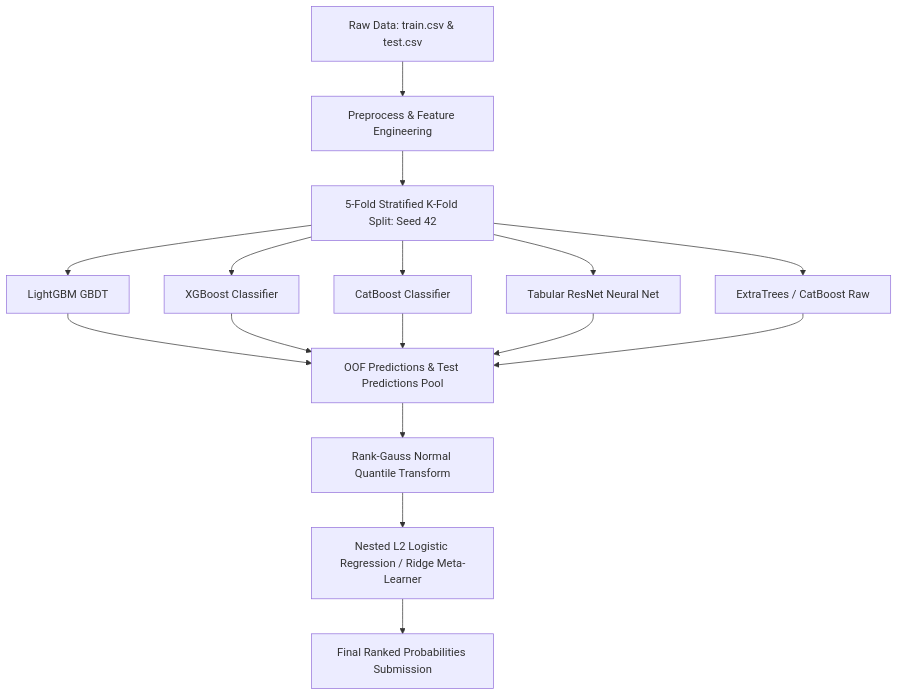
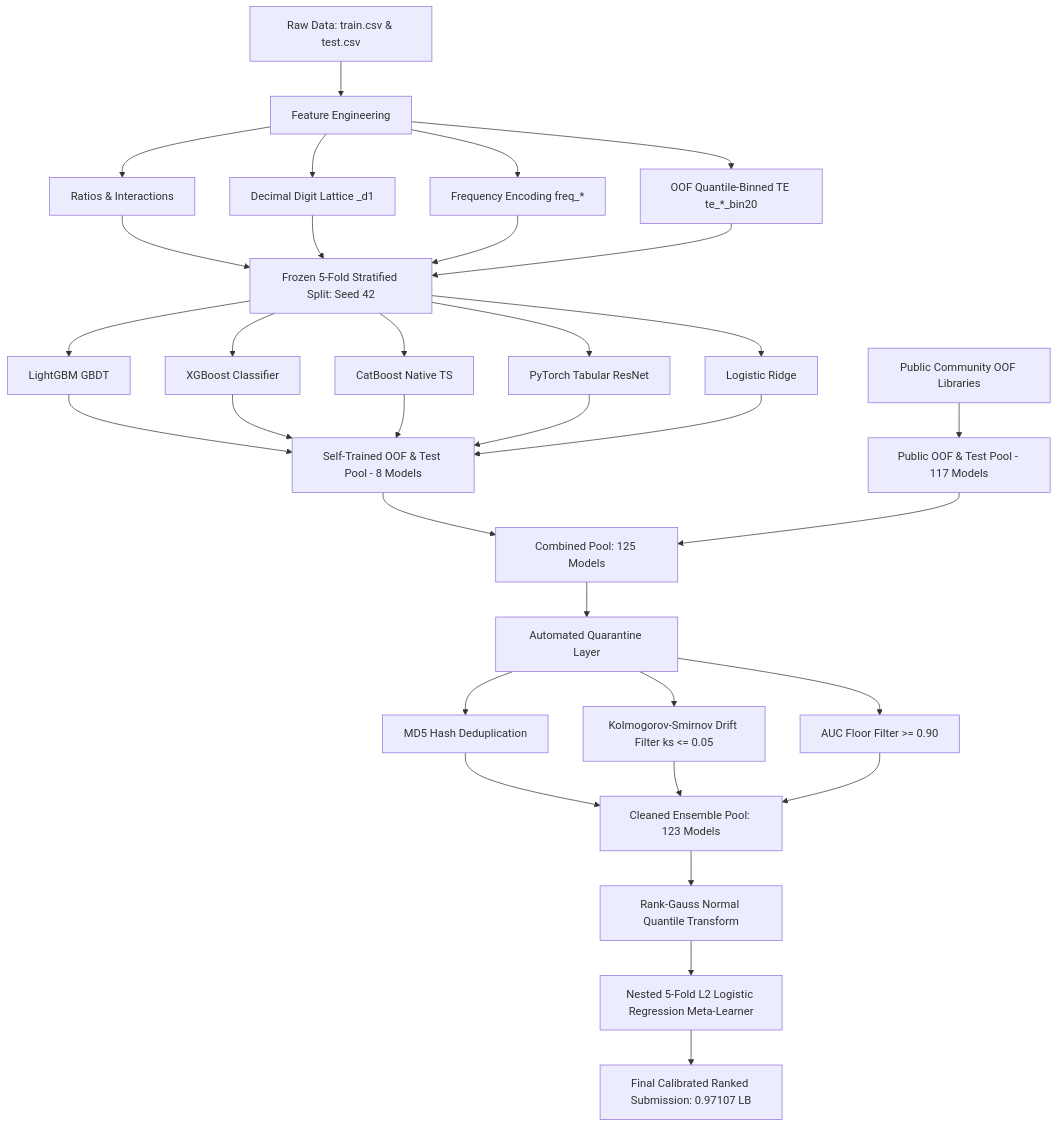
The diagram in README.md (Maher-Amara/Predicting-Smartphone-Addiction), drawn with Mermaid before and after one commit. The commit also changed other lines of this file, not shown here.

````diff
--- a/README.md
+++ b/README.md
@@ -141,21 +36,30 @@
 ```mermaid
 flowchart TD
-    A[Raw Data: train.csv & test.csv] --> B[Preprocess & Feature Engineering]
-    B --> C[5-Fold Stratified K-Fold Split: Seed 42]
+    A[Raw Data: train.csv & test.csv] --> B[Feature Engineering]
+    B --> B1[Ratios & Interactions]
+    B --> B2[Decimal Digit Lattice _d1]
+    B --> B3[Frequency Encoding freq_*]
+    B --> B4[OOF Quantile-Binned TE te_*_bin20]
+    
+    B1 & B2 & B3 & B4 --> C[Frozen 5-Fold Stratified Split: Seed 42]
     
     C --> D1[LightGBM GBDT]
     C --> D2[XGBoost Classifier]
-    C --> D3[CatBoost Classifier]
-    C --> D4[Tabular ResNet Neural Net]
-    C --> D5[ExtraTrees / CatBoost Raw]
+    C --> D3[CatBoost Native TS]
+    C --> D4[PyTorch Tabular ResNet]
+    C --> D5[Logistic Ridge]
     
-    D1 --> E[OOF Predictions & Test Predictions Pool]
-    D2 --> E
-    D3 --> E
-    D4 --> E
-    D5 --> E
+    D1 & D2 & D3 & D4 & D5 --> E[Self-Trained OOF & Test Pool - 8 Models]
+    F[Public Community OOF Libraries] --> G[Public OOF & Test Pool - 117 Models]
     
-    E --> F[Rank-Gauss Normal Quantile Transform]
-    F --> G[Nested L2 Logistic Regression / Ridge Meta-Learner]
-    G --> H[Final Ranked Probabilities Submission]
+    E & G --> H[Combined Pool: 125 Models]
+    H --> I[Automated Quarantine Layer]
+    I --> I1[MD5 Hash Deduplication]
+    I --> I2[Kolmogorov-Smirnov Drift Filter ks <= 0.05]
+    I --> I3[AUC Floor Filter >= 0.90]
+    
+    I1 & I2 & I3 --> J[Cleaned Ensemble Pool: 123 Models]
+    J --> K[Rank-Gauss Normal Quantile Transform]
+    K --> L[Nested 5-Fold L2 Logistic Regression Meta-Learner]
+    L --> M[Final Calibrated Ranked Submission: 0.97107 LB]
 ```
````
